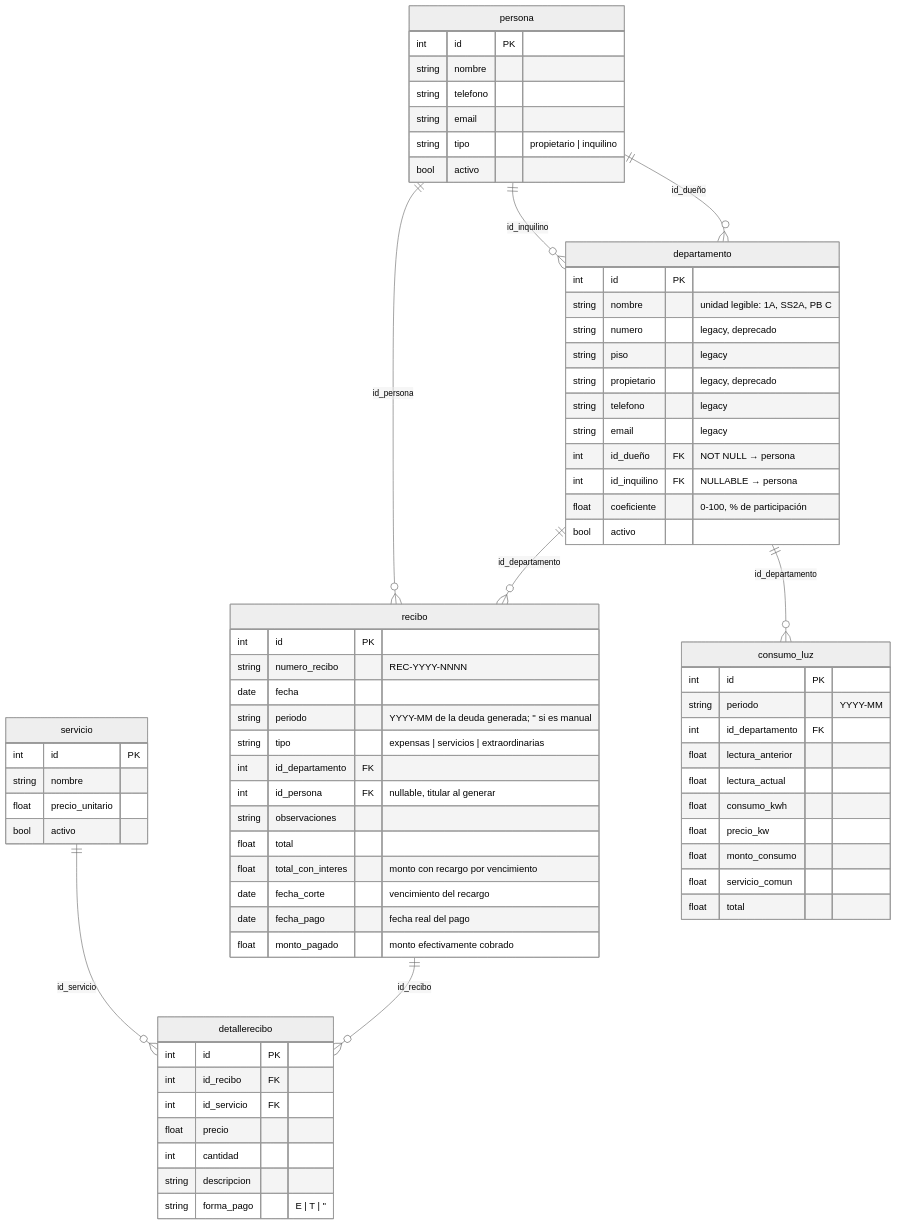
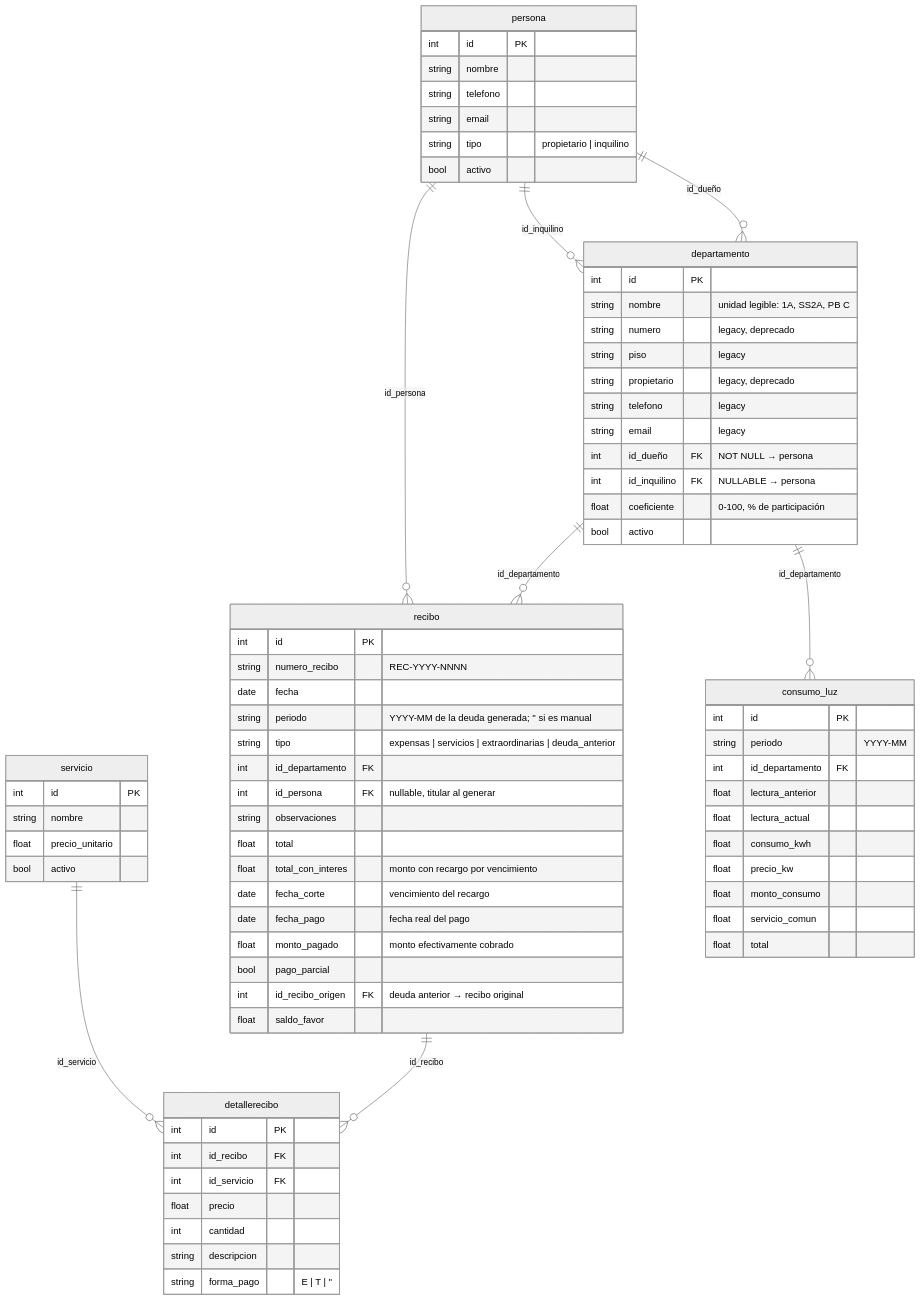
One commit to dlazarte/recibosGo changed the diagram in docs/modelo-de-datos.md. Above: the diagram before and after it, drawn with Mermaid (neutral theme). The commit also changed 13 other files, not shown here.

Commit message:
feat: pagos parciales, saldo a favor y servicios simplificados

````diff
--- a/docs/modelo-de-datos.md
+++ b/docs/modelo-de-datos.md
@@ -5,74 +5,77 @@
 ```mermaid
 erDiagram
     persona ||--o{ departamento : "id_dueño"
     persona ||--o{ departamento : "id_inquilino"
     departamento ||--o{ recibo : "id_departamento"
     persona ||--o{ recibo : "id_persona"
     recibo ||--o{ detallerecibo : "id_recibo"
     servicio ||--o{ detallerecibo : "id_servicio"
     departamento ||--o{ consumo_luz : "id_departamento"
 
     departamento {
         int id PK
         string nombre "unidad legible: 1A, SS2A, PB C"
         string numero "legacy, deprecado"
         string piso "legacy"
         string propietario "legacy, deprecado"
         string telefono "legacy"
         string email "legacy"
         int id_dueño FK "NOT NULL → persona"
         int id_inquilino FK "NULLABLE → persona"
         float coeficiente "0-100, % de participación"
         bool activo
     }
     persona {
         int id PK
         string nombre
         string telefono
         string email
         string tipo "propietario | inquilino"
         bool activo
     }
     recibo {
         int id PK
         string numero_recibo "REC-YYYY-NNNN"
         date fecha
         string periodo "YYYY-MM de la deuda generada; '' si es manual"
-        string tipo "expensas | servicios | extraordinarias"
+        string tipo "expensas | servicios | extraordinarias | deuda_anterior"
         int id_departamento FK
         int id_persona FK "nullable, titular al generar"
         string observaciones
         float total
         float total_con_interes "monto con recargo por vencimiento"
         date fecha_corte "vencimiento del recargo"
         date fecha_pago "fecha real del pago"
         float monto_pagado "monto efectivamente cobrado"
+        bool pago_parcial
+        int id_recibo_origen FK "deuda anterior → recibo original"
+        float saldo_favor
     }
     servicio {
         int id PK
         string nombre
         float precio_unitario
         bool activo
     }
     detallerecibo {
         int id PK
         int id_recibo FK
         int id_servicio FK
         float precio
         int cantidad
         string descripcion
         string forma_pago "E | T | ''"
     }
     consumo_luz {
         int id PK
         string periodo "YYYY-MM"
         int id_departamento FK
         float lectura_anterior
         float lectura_actual
         float consumo_kwh
         float precio_kw
         float monto_consumo
         float servicio_comun
         float total
     }
 ```
````
